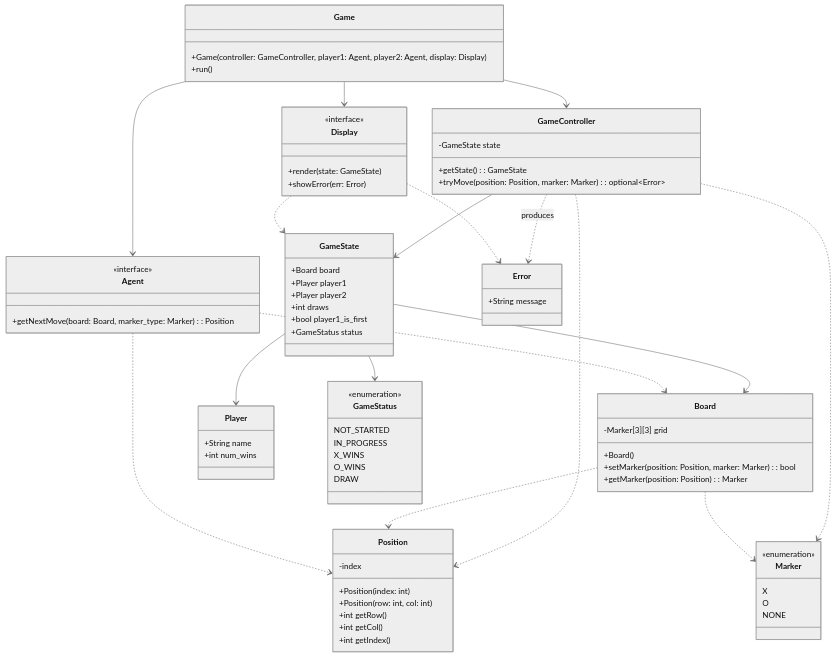
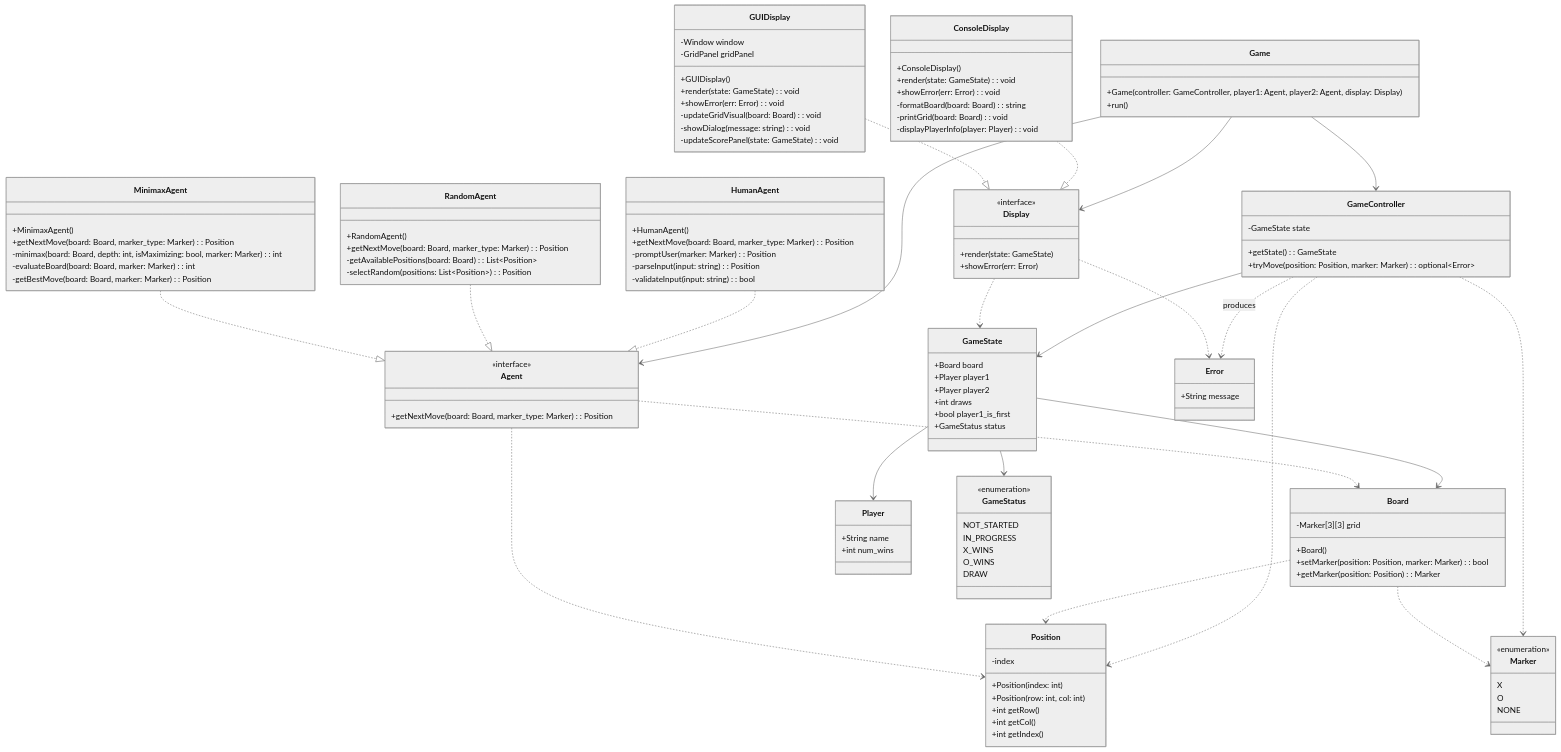
One commit to jashar86/tic-tac-toe changed the second of 15 diagrams in docs/REFERENCE_ARCHITECTURE.md. Above: the diagram before and after it, drawn with Mermaid (neutral theme).

Commit message:
Add concrete implementations to updated class diagram
- Added HumanAgent, RandomAgent, MinimaxAgent (Agent implementations)
- Added ConsoleDisplay, GUIDisplay (Display implementations)
- Updated to work with new Position/Marker-based design
- Showed implementation relationships in Mermaid diagram

````diff
--- a/docs/REFERENCE_ARCHITECTURE.md
+++ b/docs/REFERENCE_ARCHITECTURE.md
@@ -204,6 +204,52 @@
         DRAW
     }
 
+    %% Concrete Agent Implementations
+    class HumanAgent {
+        +HumanAgent()
+        +getNextMove(board: Board, marker_type: Marker): Position
+        -promptUser(marker: Marker): Position
+        -parseInput(input: string): Position
+        -validateInput(input: string): bool
+    }
+
+    class RandomAgent {
+        +RandomAgent()
+        +getNextMove(board: Board, marker_type: Marker): Position
+        -getAvailablePositions(board: Board): List~Position~
+        -selectRandom(positions: List~Position~): Position
+    }
+
+    class MinimaxAgent {
+        +MinimaxAgent()
+        +getNextMove(board: Board, marker_type: Marker): Position
+        -minimax(board: Board, depth: int, isMaximizing: bool, marker: Marker): int
+        -evaluateBoard(board: Board, marker: Marker): int
+        -getBestMove(board: Board, marker: Marker): Position
+    }
+
+    %% Concrete Display Implementations
+    class ConsoleDisplay {
+        +ConsoleDisplay()
+        +render(state: GameState): void
+        +showError(err: Error): void
+        -formatBoard(board: Board): string
+        -printGrid(board: Board): void
+        -displayPlayerInfo(player: Player): void
+    }
+
+    class GUIDisplay {
+        -Window window
+        -GridPanel gridPanel
+        +GUIDisplay()
+        +render(state: GameState): void
+        +showError(err: Error): void
+        -updateGridVisual(board: Board): void
+        -showDialog(message: string): void
+        -updateScorePanel(state: GameState): void
+    }
+
+    %% Core Relationships
     Game --> GameController
     Game --> Agent
     Game --> Display
@@ -216,7 +262,7 @@
     GameState --> Board
     GameState --> Player
     GameState --> GameStatus
-    
+
     Board ..> Position
     Board ..> Marker
 
@@ -225,5 +271,13 @@
 
     Display ..> GameState
     Display ..> Error
-    
+
+    %% Concrete Implementation Relationships
+    HumanAgent ..|> Agent
+    RandomAgent ..|> Agent
+    MinimaxAgent ..|> Agent
+
+    ConsoleDisplay ..|> Display
+    GUIDisplay ..|> Display
+
 ```
````
